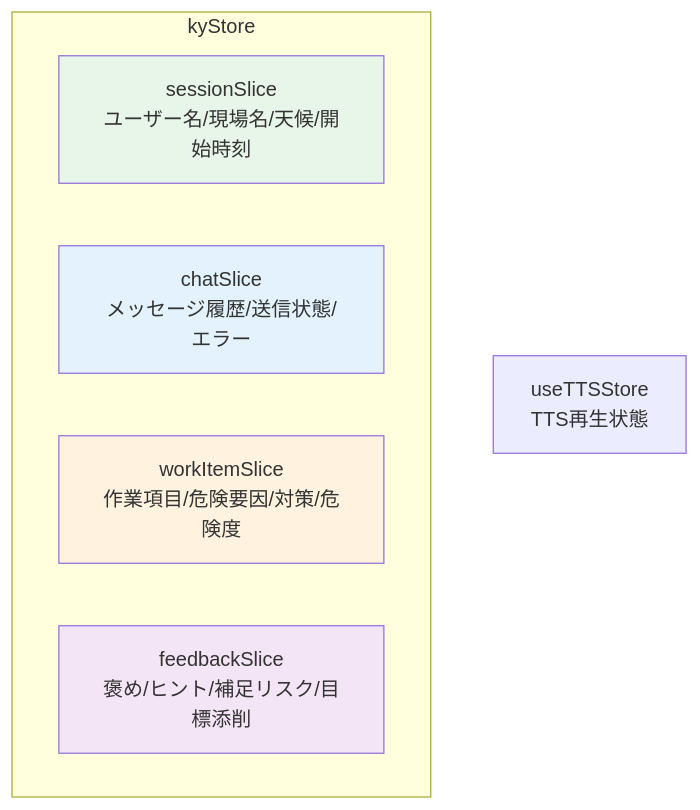
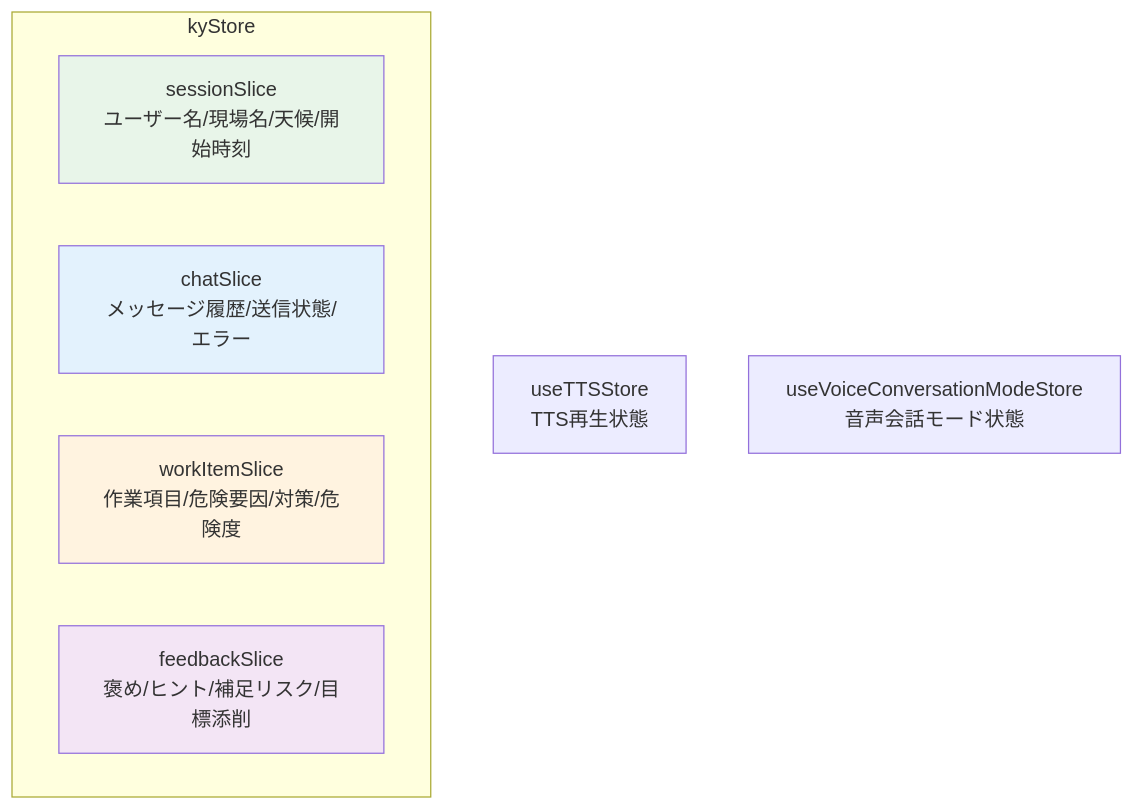
The fourth of 16 diagrams in apps/v2-modern/docs/00_overview/00_Master_Technical_Reference.md (Ibar-Aki/solar-aldrin), drawn with Mermaid before and after one commit. The commit also changed other lines of this file and 5 other files, not shown here.

````diff
--- a/apps/v2-modern/docs/00_overview/00_Master_Technical_Reference.md
+++ b/apps/v2-modern/docs/00_overview/00_Master_Technical_Reference.md
@@ -259,16 +277,17 @@
 ```mermaid
 graph TB
     subgraph "kyStore"
         SS[sessionSlice<br/>ユーザー名/現場名/天候/開始時刻]
         CS[chatSlice<br/>メッセージ履歴/送信状態/エラー]
-        WS[workItemSlice<br/>作業項目/危険要因/対策/危険度]
+        WIS[workItemSlice<br/>作業項目/危険要因/対策/危険度]
         FS[feedbackSlice<br/>褒め/ヒント/補足リスク/目標添削]
     end
     
     TTS[useTTSStore<br/>TTS再生状態]
+    VCM[useVoiceConversationModeStore<br/>音声会話モード状態]
     
     style SS fill:#e8f5e9
     style CS fill:#e3f2fd
-    style WS fill:#fff3e0
+    style WIS fill:#fff3e0
     style FS fill:#f3e5f5
 ```
````
